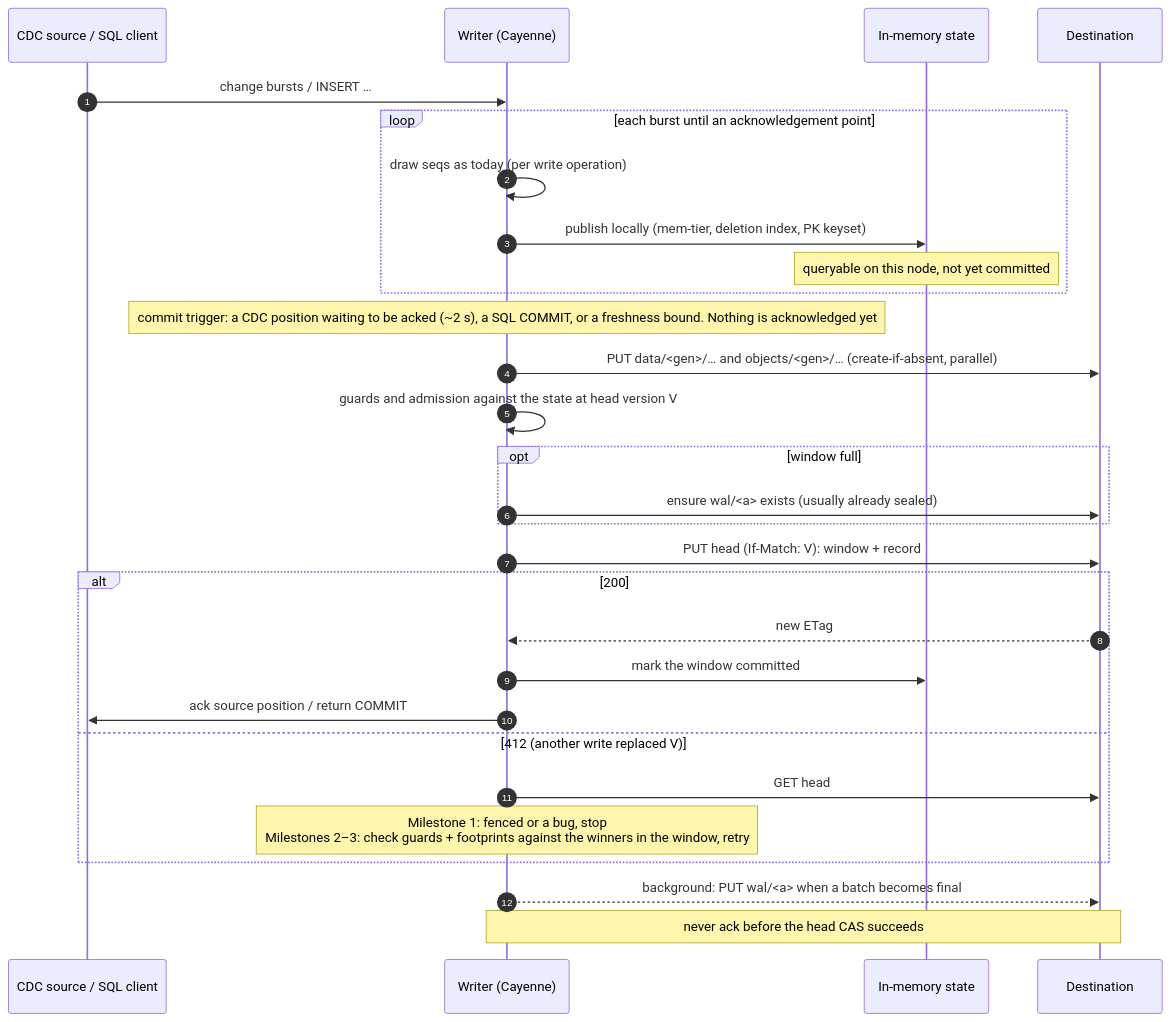
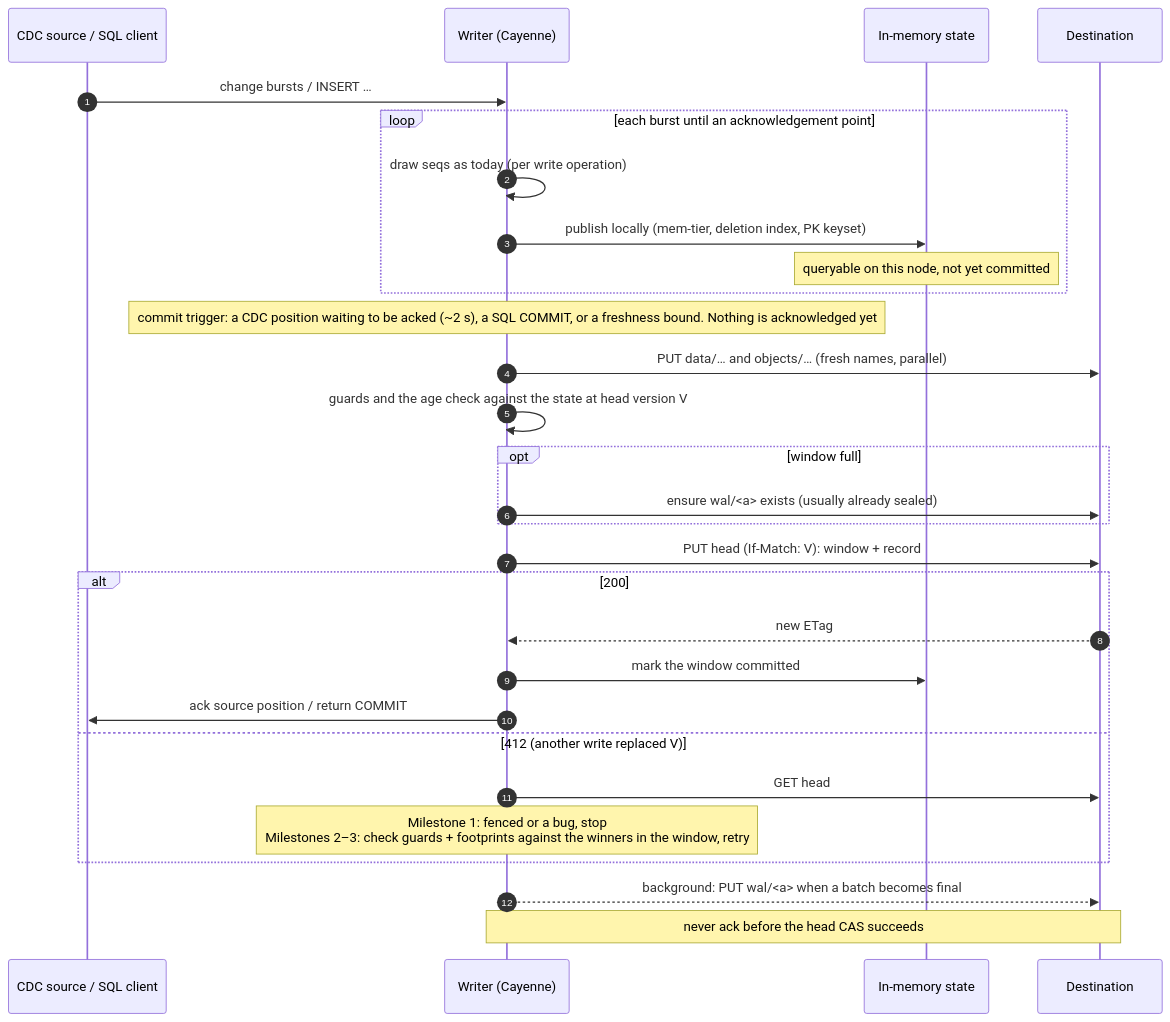
One commit to spiceai/spiceai changed the second of 6 diagrams in docs/design/object-native-metastore-technical.md. Above: the diagram before and after it, drawn with Mermaid. The commit also changed other lines of this file and 1 other file, not shown here.

First line of the commit message:
docs(design): readers never write; GC keeps removed files for a retention and collects uploads by age

````diff
--- a/docs/design/object-native-metastore-technical.md
+++ b/docs/design/object-native-metastore-technical.md
@@ -393,32 +394,32 @@
 ```mermaid
 sequenceDiagram
     autonumber
     participant SRC as CDC source / SQL client
     participant W as Writer (Cayenne)
     participant M as In-memory state
     participant S as Destination
 
     SRC->>W: change bursts / INSERT …
     loop each burst until an acknowledgement point
         W->>W: draw seqs as today (per write operation)
         W->>M: publish locally (mem-tier, deletion index, PK keyset)
         Note over M: queryable on this node, not yet committed
     end
     Note over W: commit trigger: a CDC position waiting to be acked (~2 s), a SQL COMMIT, or a freshness bound. Nothing is acknowledged yet
-    W->>S: PUT data/<gen>/… and objects/<gen>/… (create-if-absent, parallel)
-    W->>W: guards and admission against the state at head version V
+    W->>S: PUT data/… and objects/… (fresh names, parallel)
+    W->>W: guards and the age check against the state at head version V
     opt window full
         W->>S: ensure wal/<a> exists (usually already sealed)
     end
     W->>S: PUT head (If-Match: V): window + record
     alt 200
         S-->>W: new ETag
         W->>M: mark the window committed
         W->>SRC: ack source position / return COMMIT
     else 412 (another write replaced V)
         W->>S: GET head
         Note over W: Milestone 1: fenced or a bug, stop<br/>Milestones 2–3: check guards + footprints against the winners in the window, retry
     end
     W-->>S: background: PUT wal/<a> when a batch becomes final
     Note over W,S: never ack before the head CAS succeeds
 ```
````
